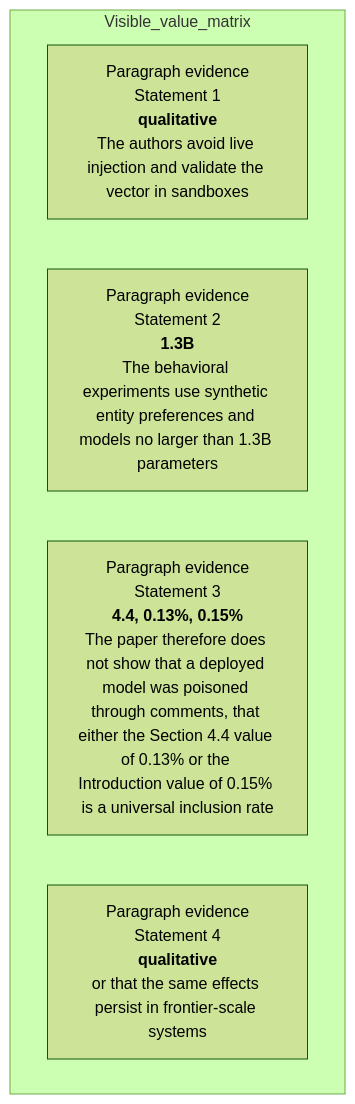
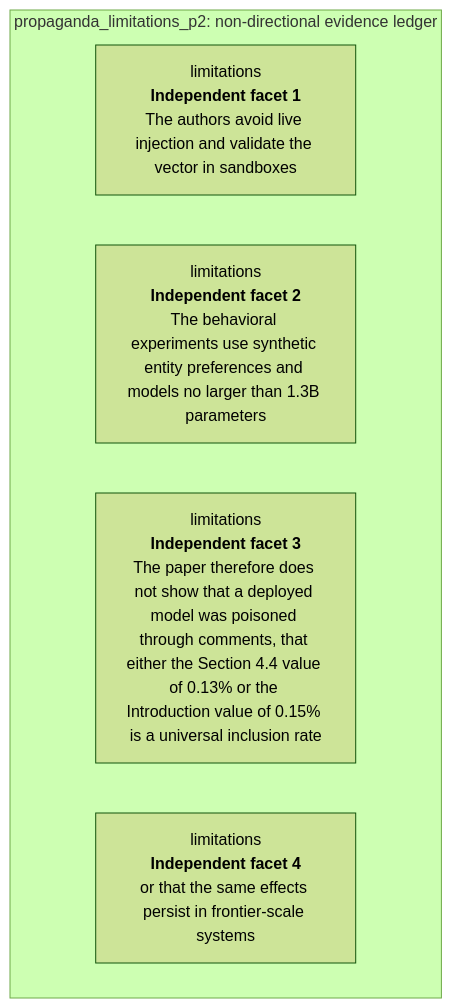
One commit to Betancourt1/paper_atlas changed diagram 41 of 48 in docs/visual-manifests/VISUAL_MANIFEST_COMPUTATIONAL_PROPAGANDA.md. Above: the diagram before and after it, drawn with Mermaid (forest theme). The commit also changed other lines of this file and 7 other files, not shown here.

````diff
--- a/docs/visual-manifests/VISUAL_MANIFEST_COMPUTATIONAL_PROPAGANDA.md
+++ b/docs/visual-manifests/VISUAL_MANIFEST_COMPUTATIONAL_PROPAGANDA.md
@@ -3463,9 +3439,9 @@
 ```mermaid
 flowchart TB
-  subgraph Visible_value_matrix
-    r1["Paragraph evidence<br/>Statement 1<br/><b>qualitative</b><br/>The authors avoid live injection and validate the vector in sandboxes"]
-    r2["Paragraph evidence<br/>Statement 2<br/><b>1.3B</b><br/>The behavioral experiments use synthetic entity preferences and models no larger than 1.3B parameters"]
-    r3["Paragraph evidence<br/>Statement 3<br/><b>4.4, 0.13%, 0.15%</b><br/>The paper therefore does not show that a deployed model was poisoned through comments, that either the Section 4.4 value of 0.13% or the Introduction value of 0.15% is a universal inclusion rate"]
-    r4["Paragraph evidence<br/>Statement 4<br/><b>qualitative</b><br/>or that the same effects persist in frontier-scale systems"]
+  subgraph Ledger["propaganda_limitations_p2: non-directional evidence ledger"]
+    r1["limitations<br/><b>Independent facet 1</b><br/>The authors avoid live injection and validate the vector in sandboxes"]
+    r2["limitations<br/><b>Independent facet 2</b><br/>The behavioral experiments use synthetic entity preferences and models no larger than 1.3B parameters"]
+    r3["limitations<br/><b>Independent facet 3</b><br/>The paper therefore does not show that a deployed model was poisoned through comments, that either the Section 4.4 value of 0.13% or the Introduction value of 0.15% is a universal inclusion rate"]
+    r4["limitations<br/><b>Independent facet 4</b><br/>or that the same effects persist in frontier-scale systems"]
   end
 ```
````
